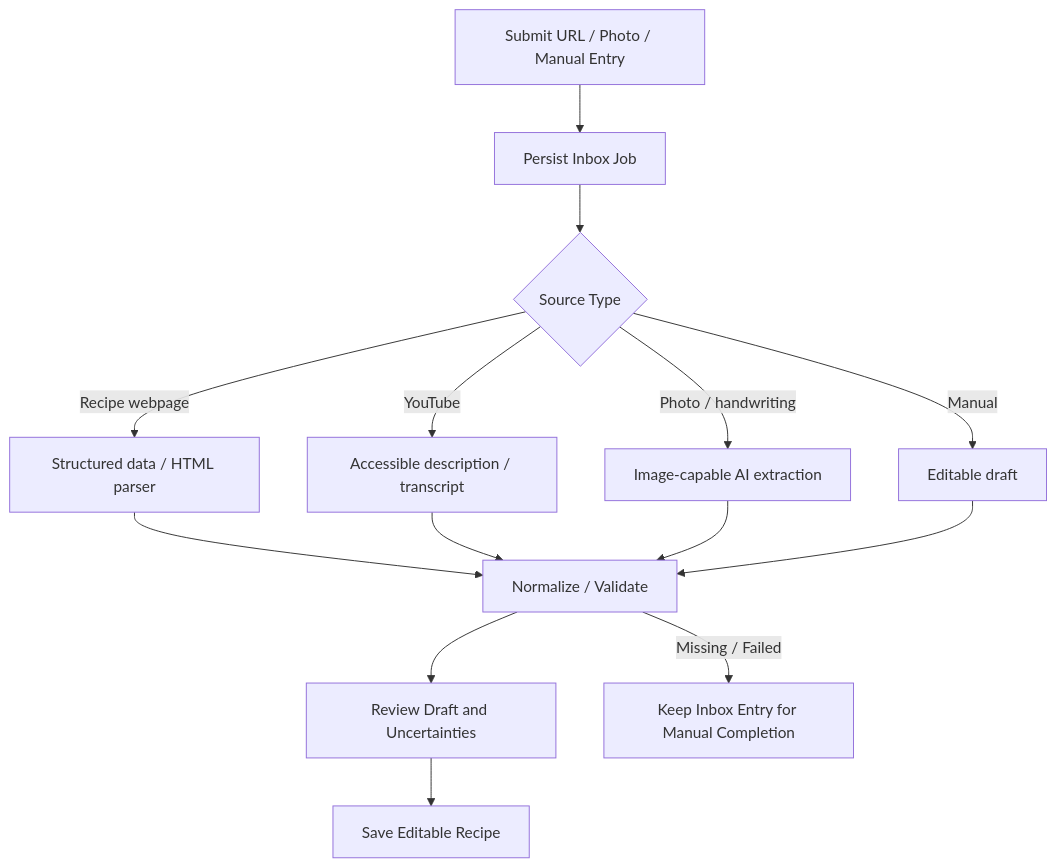
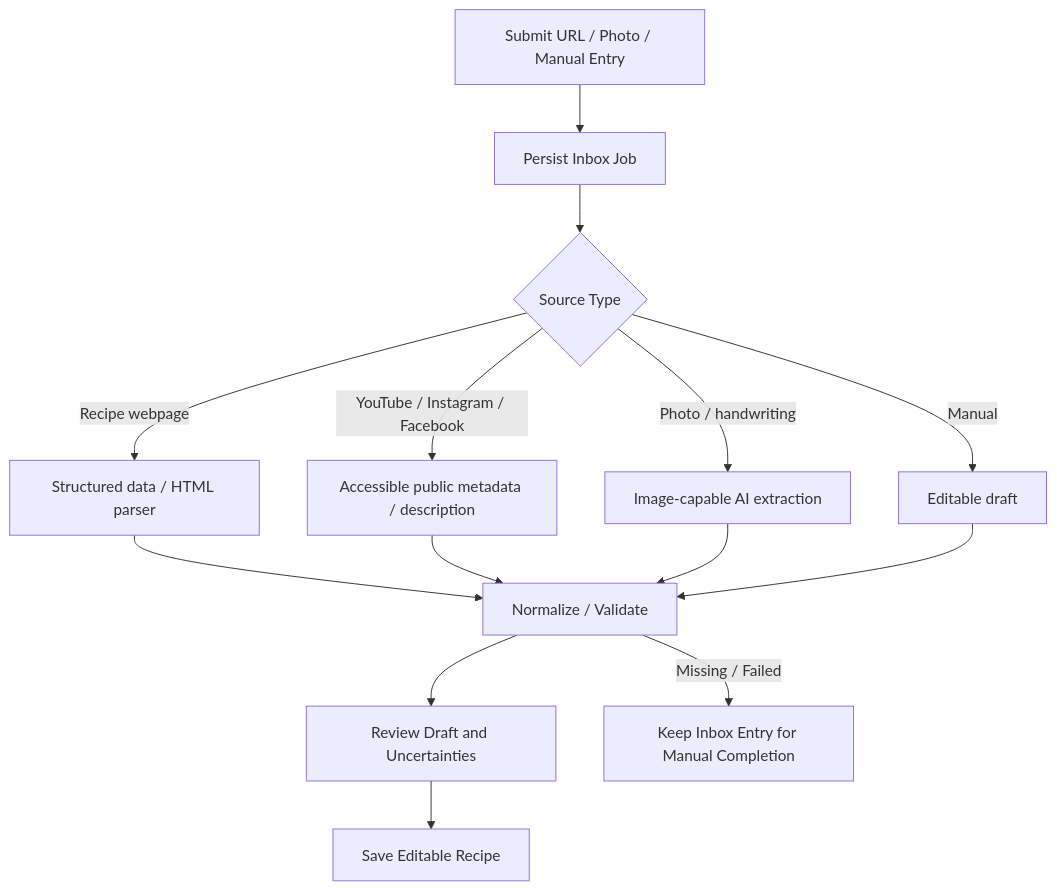
The second of 2 diagrams in docs/TECHNICAL_DESIGN.md (jaylynnwalker/recipe-website), drawn with Mermaid before and after one commit. The commit also changed other lines of this file and 30 other files, not shown here.

````diff
--- a/docs/TECHNICAL_DESIGN.md
+++ b/docs/TECHNICAL_DESIGN.md
@@ -121,16 +121,16 @@
 ```mermaid
 flowchart TD
     S[Submit URL / Photo / Manual Entry] --> Q[Persist Inbox Job]
     Q --> X{Source Type}
     X -->|Recipe webpage| P[Structured data / HTML parser]
-    X -->|YouTube| Y[Accessible description / transcript]
+    X -->|YouTube / Instagram / Facebook| Y[Accessible public metadata / description]
     X -->|Photo / handwriting| V[Image-capable AI extraction]
     X -->|Manual| M[Editable draft]
     P --> R[Normalize / Validate]
     Y --> R
     V --> R
     M --> R
     R --> E[Review Draft and Uncertainties]
     E --> C[Save Editable Recipe]
     R -->|Missing / Failed| H[Keep Inbox Entry for Manual Completion]
 ```
````
